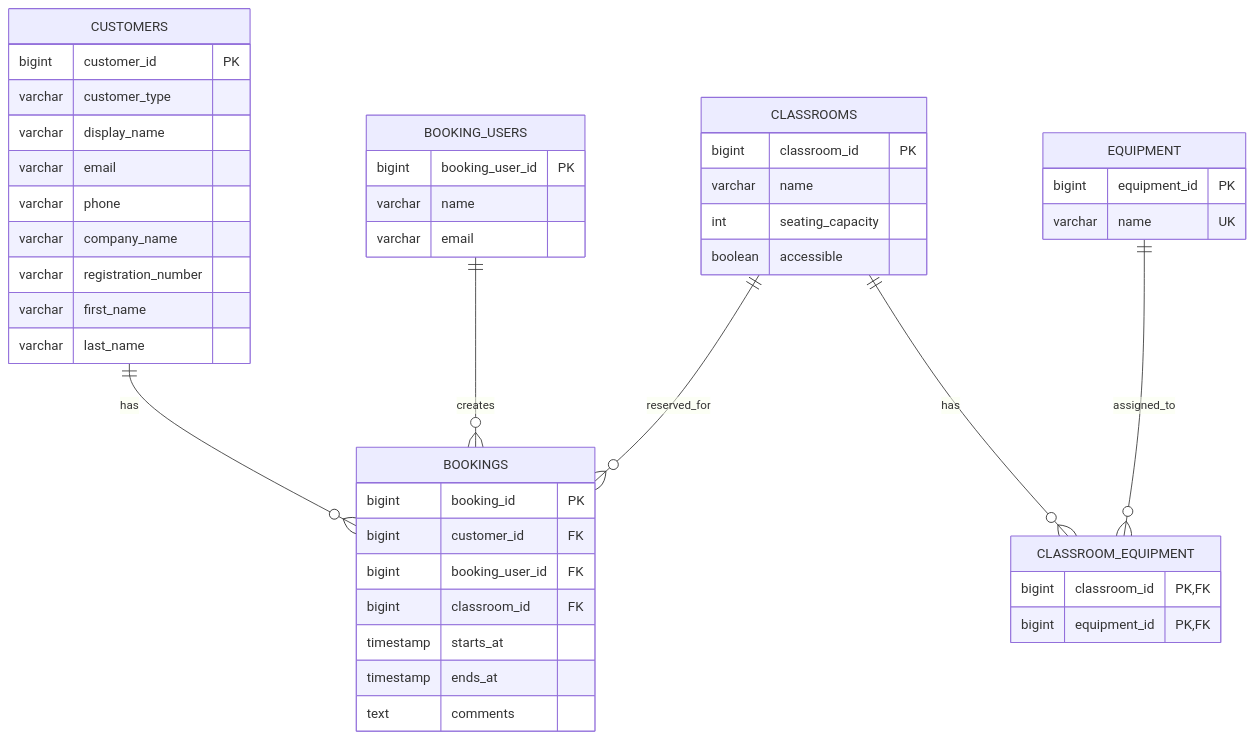
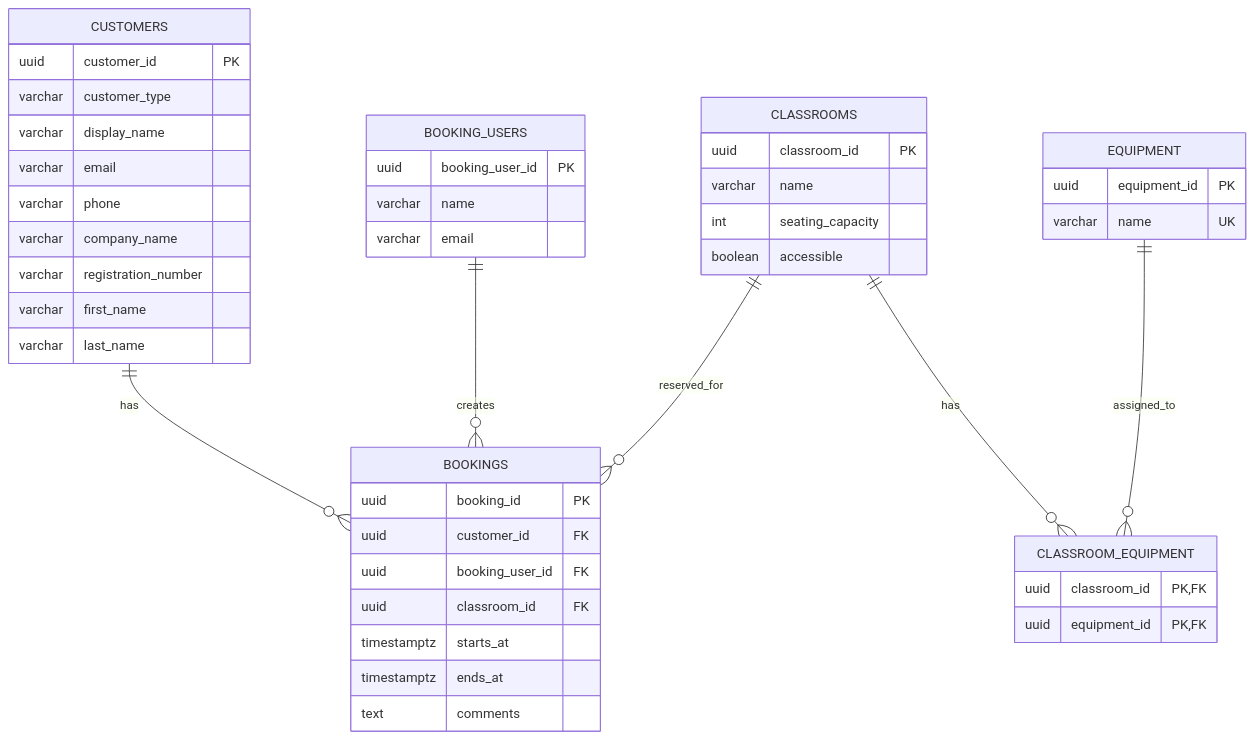
The second of 2 diagrams in docs/architecture.md (tukue/classroom-booking-system), drawn with Mermaid before and after one commit. The commit also changed other lines of this file and 35 other files, not shown here.

````diff
--- a/docs/architecture.md
+++ b/docs/architecture.md
@@ -102,53 +102,53 @@
 ```mermaid
 erDiagram
     CUSTOMERS {
-        bigint customer_id PK
+        uuid customer_id PK
         varchar customer_type
         varchar display_name
         varchar email
         varchar phone
         varchar company_name
         varchar registration_number
         varchar first_name
         varchar last_name
     }
 
     BOOKING_USERS {
-        bigint booking_user_id PK
+        uuid booking_user_id PK
         varchar name
         varchar email
     }
 
     CLASSROOMS {
-        bigint classroom_id PK
+        uuid classroom_id PK
         varchar name
         int seating_capacity
         boolean accessible
     }
 
     EQUIPMENT {
-        bigint equipment_id PK
+        uuid equipment_id PK
         varchar name UK
     }
 
     CLASSROOM_EQUIPMENT {
-        bigint classroom_id PK, FK
-        bigint equipment_id PK, FK
+        uuid classroom_id PK, FK
+        uuid equipment_id PK, FK
     }
 
     BOOKINGS {
-        bigint booking_id PK
-        bigint customer_id FK
-        bigint booking_user_id FK
-        bigint classroom_id FK
-        timestamp starts_at
-        timestamp ends_at
+        uuid booking_id PK
+        uuid customer_id FK
+        uuid booking_user_id FK
+        uuid classroom_id FK
+        timestamptz starts_at
+        timestamptz ends_at
         text comments
     }
 
     CUSTOMERS ||--o{ BOOKINGS : has
     BOOKING_USERS ||--o{ BOOKINGS : creates
     CLASSROOMS ||--o{ BOOKINGS : reserved_for
     CLASSROOMS ||--o{ CLASSROOM_EQUIPMENT : has
     EQUIPMENT ||--o{ CLASSROOM_EQUIPMENT : assigned_to
 ```
````
